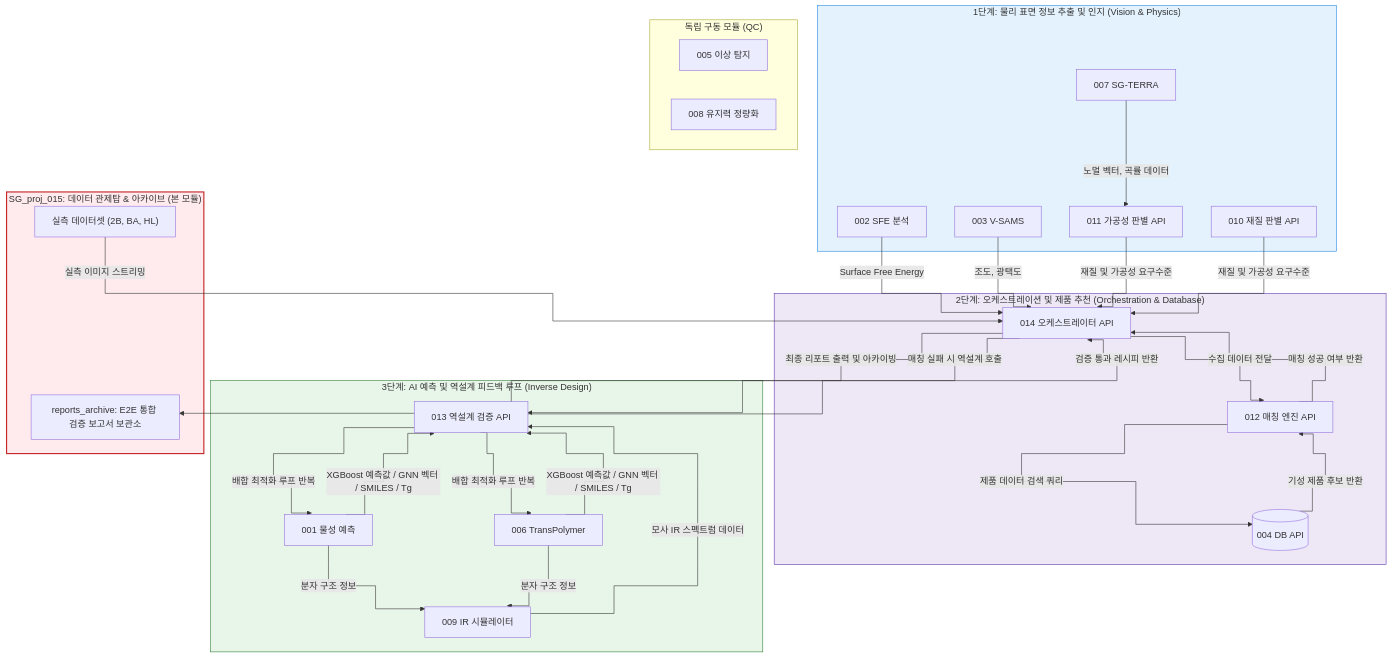
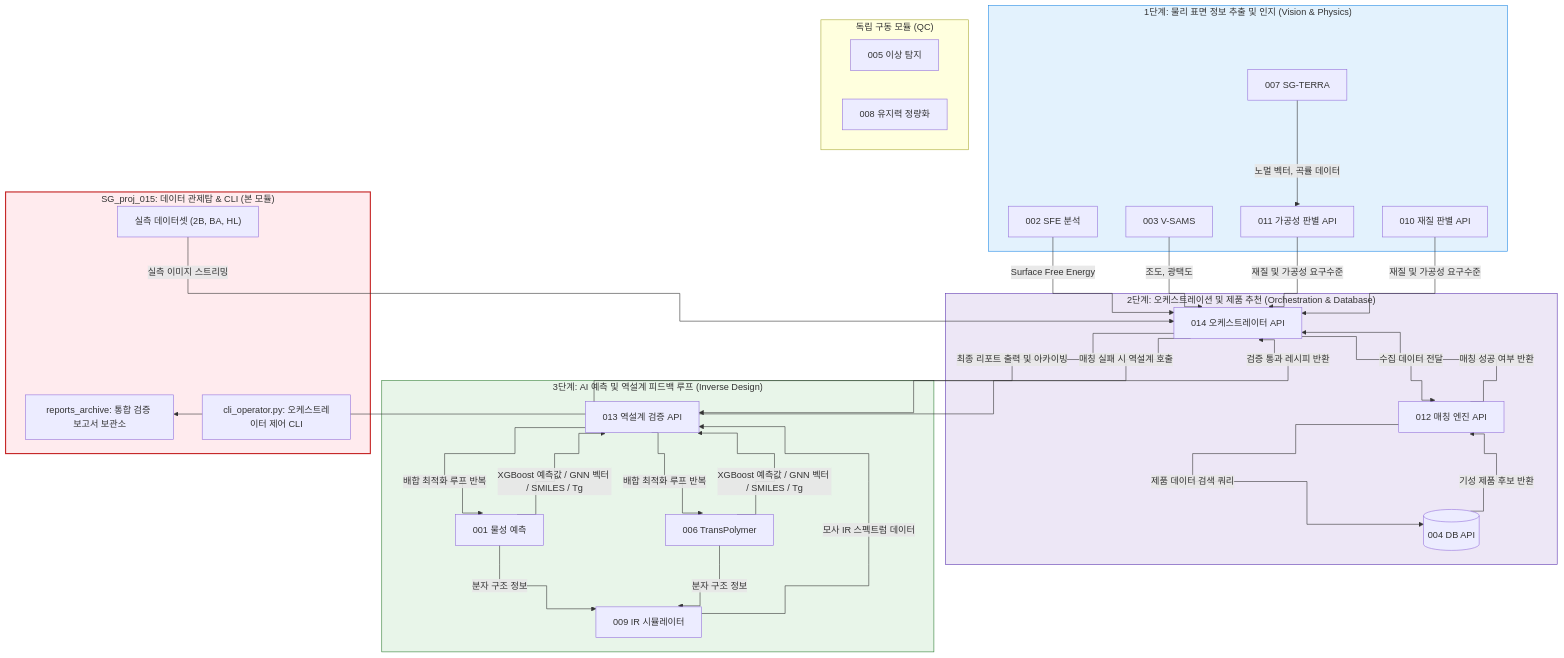
One commit to HyunchanAn/SG_proj_015 changed the diagram in README.md. Above: the diagram before and after it, drawn with Mermaid. The commit also changed other lines of this file and 76 other files, not shown here.

````diff
--- a/README.md
+++ b/README.md
@@ -12,71 +12,72 @@
 ```mermaid
 %%{init: {'flowchart': {'curve': 'step'}}}%%
 flowchart TD
     %% 1단계 비전 및 물리
     subgraph STEP1 ["1단계: 물리 표면 정보 추출 및 인지 (Vision & Physics)"]
         002["002 SFE 분석"]
         003["003 V-SAMS"]
         007["007 SG-TERRA"]
         010["010 재질 판별 API"]
         011["011 가공성 판별 API"]
     end
 
     %% 2단계 오케스트레이션 및 데이터베이스
     subgraph STEP2 ["2단계: 오케스트레이션 및 제품 추천 (Orchestration & Database)"]
         014["014 오케스트레이터 API"]
         012["012 매칭 엔진 API"]
         004[("004 DB API")]
     end
 
     %% 3단계 AI 예측 및 역설계 피드백 루프
     subgraph STEP3 ["3단계: AI 예측 및 역설계 피드백 루프 (Inverse Design)"]
         013["013 역설계 검증 API"]
         001["001 물성 예측"]
         006["006 TransPolymer"]
         009["009 IR 시뮬레이터"]
     end
 
     %% 독립 구동 모듈
     subgraph INDEPENDENT ["독립 구동 모듈 (QC)"]
         005["005 이상 탐지"]
         008["008 유지력 정량화"]
     end
 
     %% 015 데이터 관제탑 (이 프로젝트)
-    subgraph HUB ["SG_proj_015: 데이터 관제탑 & 아카이브 (본 모듈)"]
+    subgraph HUB ["SG_proj_015: 데이터 관제탑 & CLI (본 모듈)"]
         IMG["실측 데이터셋 (2B, BA, HL)"]
-        REP["reports_archive: E2E 통합 검증 보고서 보관소"]
+        REP["reports_archive: 통합 검증 보고서 보관소"]
+        CLI["cli_operator.py: 오케스트레이터 제어 CLI"]
     end
 
     %% 1단계 -> 2단계 데이터 연동
     IMG -->|실측 이미지 스트리밍| 014
     002 -->|Surface Free Energy| 014
     003 -->|조도, 광택도| 014
     007 -->|노멀 벡터, 곡률 데이터| 011
     011 -->|재질 및 가공성 요구수준| 014
     010 -->|재질 및 가공성 요구수준| 014
 
     %% 2단계 내부 오케스트레이션 및 DB 쿼리
     014 -->|수집 데이터 전달| 012
     012 -->|제품 데이터 검색 쿼리| 004
     004 -->|기성 제품 후보 반환| 012
     012 -->|매칭 성공 여부 반환| 014
 
     %% 2단계 -> 3단계 역설계 피드백 연쇄
     014 -->|매칭 실패 시 역설계 호출| 013
     
     %% 3단계 내부 피드백 루프
     013 -->|배합 최적화 루프 반복| 001 & 006
     001 & 006 -->|XGBoost 예측값 / GNN 벡터 / SMILES / Tg| 013
     001 & 006 -->|분자 구조 정보| 009
     009 -->|모사 IR 스펙트럼 데이터| 013
 
     %% 3단계 -> 2단계 최종 출력 및 리포팅
     013 -->|검증 통과 레시피 반환| 014
     014 -->|최종 리포트 출력 및 아카이빙| REP
 
     style HUB fill:#ffebee,stroke:#c62828,stroke-width:2px
     style STEP1 fill:#e3f2fd,stroke:#1e88e5,stroke-width:1px
     style STEP2 fill:#ede7f6,stroke:#5e35b1,stroke-width:1px
     style STEP3 fill:#e8f5e9,stroke:#2e7d32,stroke-width:1px
 ```
````
